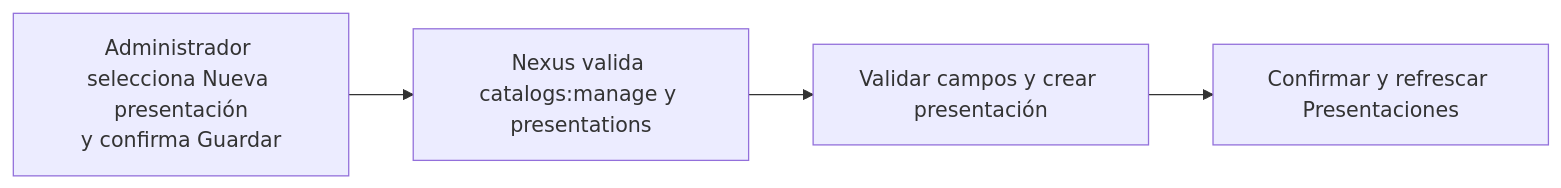
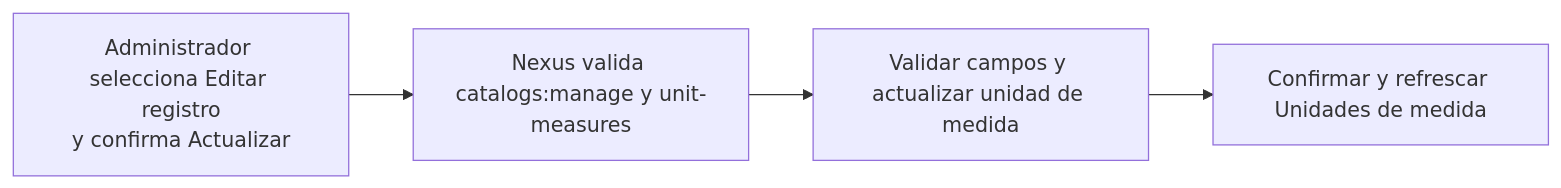
One commit to gpgsistemas01/nexus changed the diagram in docs/requirements/diagrams/catalogs/cu-cat-38.md. Above: the diagram before and after it, drawn with Mermaid. The commit also changed other lines of this file and 126 other files, not shown here.

````diff
--- a/docs/requirements/diagrams/catalogs/cu-cat-38.md
+++ b/docs/requirements/diagrams/catalogs/cu-cat-38.md
@@ -3,6 +3,6 @@
 ```mermaid
 flowchart LR
-    request["Administrador selecciona Nueva presentación<br/>y confirma Guardar"] --> authorize["Nexus valida catalogs:manage y presentations"]
-    authorize --> persist["Validar campos y crear presentación"]
-    persist --> result["Confirmar y refrescar Presentaciones"]
+    request["Administrador selecciona Editar registro<br/>y confirma Actualizar"] --> authorize["Nexus valida catalogs:manage y unit-measures"]
+    authorize --> persist["Validar campos y actualizar unidad de medida"]
+    persist --> result["Confirmar y refrescar Unidades de medida"]
 ```
````
